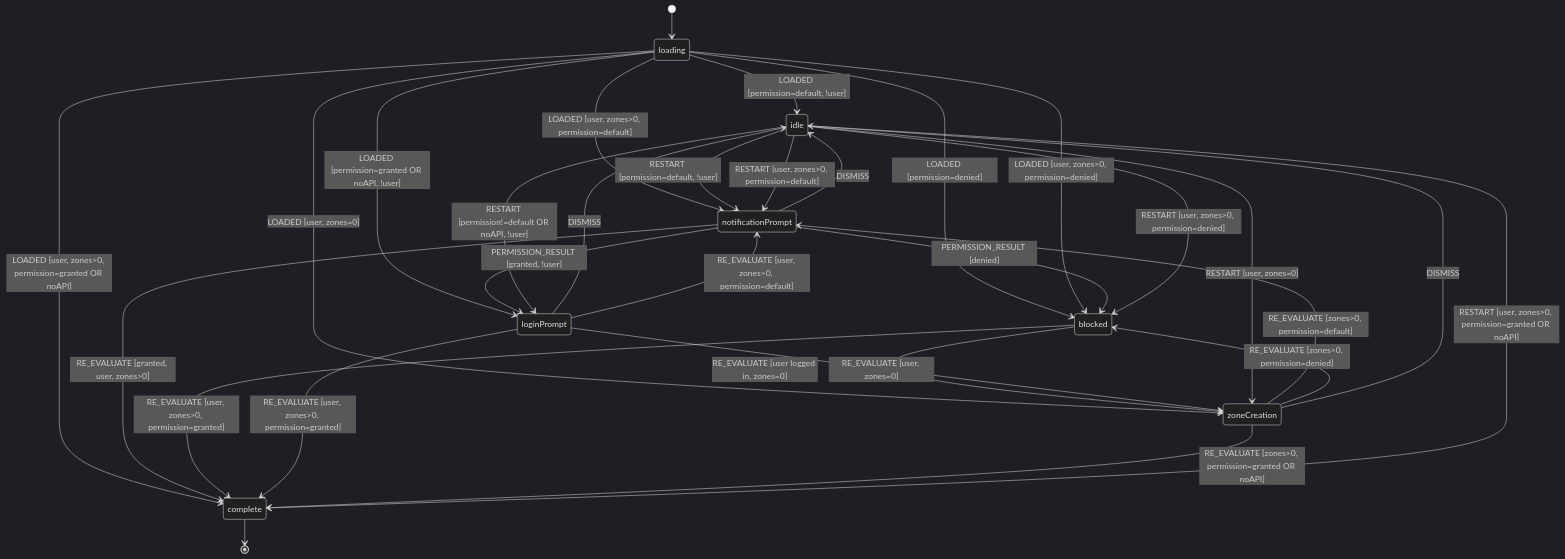
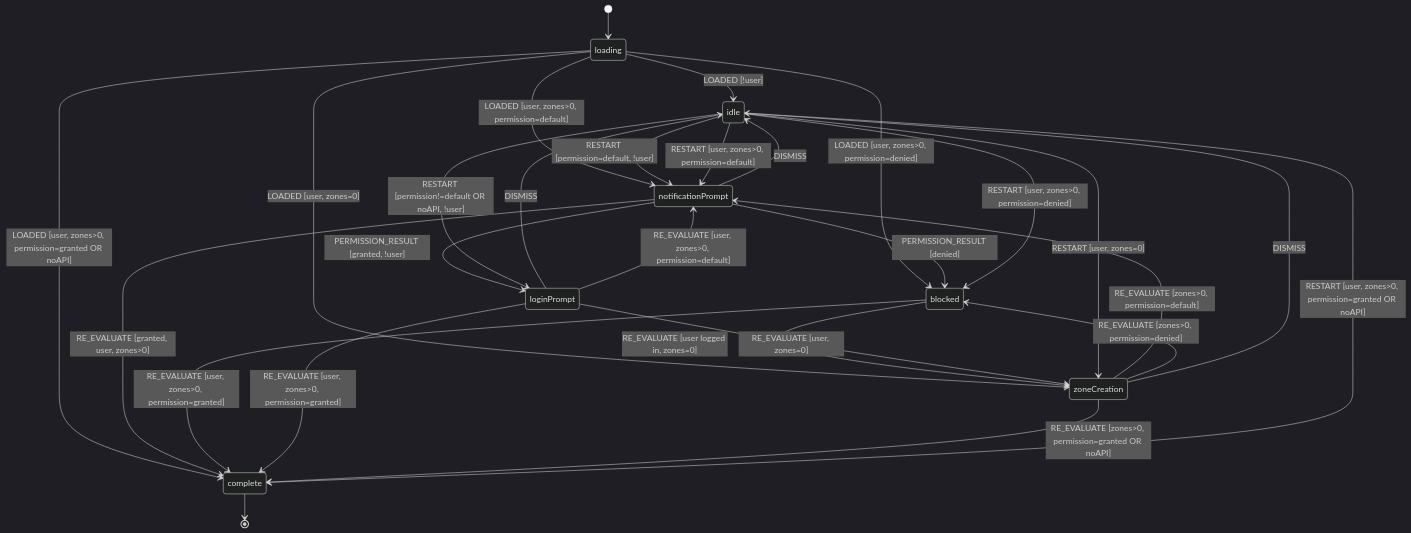
One commit to IvelinaKostadinova/oboapp changed the diagram in docs/features/onboarding-flow.md. Above: the diagram before and after it, drawn with Mermaid (dark theme). The commit also changed 33 other files, not shown here.

````diff
--- a/docs/features/onboarding-flow.md
+++ b/docs/features/onboarding-flow.md
@@ -30,39 +30,37 @@
 ```mermaid
 stateDiagram-v2
     [*] --> loading
 
-    loading --> idle : LOADED [permission=default, !user]
-    loading --> blocked : LOADED [permission=denied]
-    loading --> loginPrompt : LOADED [permission=granted OR noAPI, !user]
+    loading --> idle : LOADED [!user]
     loading --> zoneCreation : LOADED [user, zones=0]
     loading --> notificationPrompt : LOADED [user, zones>0, permission=default]
     loading --> blocked : LOADED [user, zones>0, permission=denied]
     loading --> complete : LOADED [user, zones>0, permission=granted OR noAPI]
 
     notificationPrompt --> blocked : PERMISSION_RESULT [denied]
     notificationPrompt --> loginPrompt : PERMISSION_RESULT [granted, !user]
     notificationPrompt --> complete : RE_EVALUATE [granted, user, zones>0]
     notificationPrompt --> idle : DISMISS
 
     blocked --> zoneCreation : RE_EVALUATE [user logged in, zones=0]
     blocked --> complete : RE_EVALUATE [user, zones>0, permission=granted]
 
     loginPrompt --> idle : DISMISS
     loginPrompt --> zoneCreation : RE_EVALUATE [user, zones=0]
     loginPrompt --> notificationPrompt : RE_EVALUATE [user, zones>0, permission=default]
     loginPrompt --> complete : RE_EVALUATE [user, zones>0, permission=granted]
 
     zoneCreation --> notificationPrompt : RE_EVALUATE [zones>0, permission=default]
     zoneCreation --> blocked : RE_EVALUATE [zones>0, permission=denied]
     zoneCreation --> complete : RE_EVALUATE [zones>0, permission=granted OR noAPI]
     zoneCreation --> idle : DISMISS
 
     idle --> notificationPrompt : RESTART [permission=default, !user]
     idle --> loginPrompt : RESTART [permission!=default OR noAPI, !user]
     idle --> zoneCreation : RESTART [user, zones=0]
     idle --> notificationPrompt : RESTART [user, zones>0, permission=default]
     idle --> blocked : RESTART [user, zones>0, permission=denied]
     idle --> complete : RESTART [user, zones>0, permission=granted OR noAPI]
 
     complete --> [*]
 ```
````
